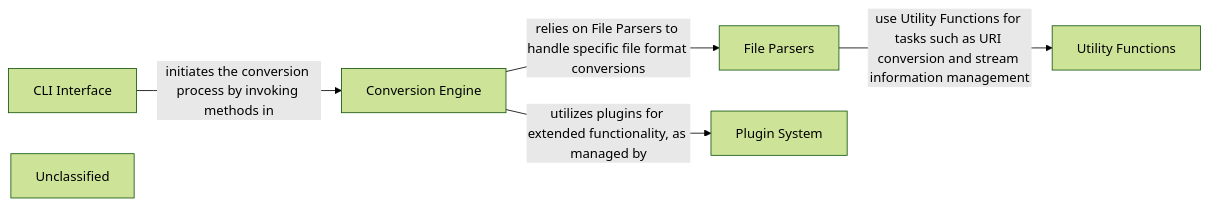
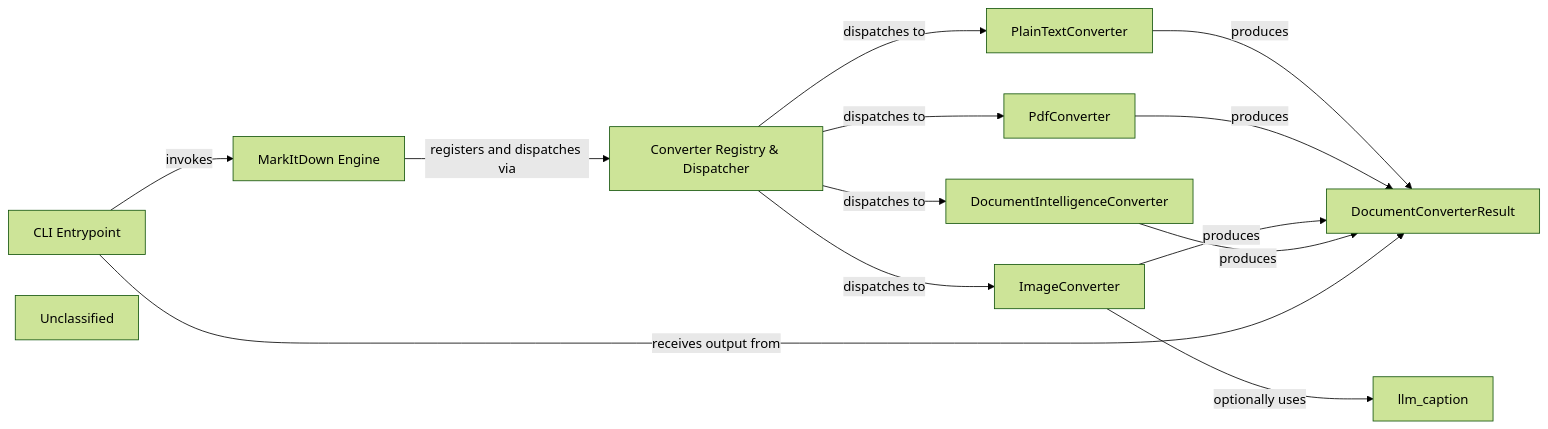
The diagram in markitdown/on_boarding.md (CodeBoarding/GeneratedOnBoardings), drawn with Mermaid (forest theme) before and after one commit. The commit also changed other lines of this file, not shown here.

````diff
--- a/markitdown/on_boarding.md
+++ b/markitdown/on_boarding.md
@@ -1,13 +1,25 @@
 ```mermaid
 graph LR
-    CLI_Interface["CLI Interface"]
-    Conversion_Engine["Conversion Engine"]
-    File_Parsers["File Parsers"]
-    Plugin_System["Plugin System"]
-    Utility_Functions["Utility Functions"]
+    CLI_Entrypoint["CLI Entrypoint"]
+    MarkItDown_Engine["MarkItDown Engine"]
+    Converter_Registry_Dispatcher["Converter Registry & Dispatcher"]
+    PlainTextConverter["PlainTextConverter"]
+    PdfConverter["PdfConverter"]
+    ImageConverter["ImageConverter"]
+    DocumentIntelligenceConverter["DocumentIntelligenceConverter"]
+    llm_caption["llm_caption"]
+    DocumentConverterResult["DocumentConverterResult"]
     Unclassified["Unclassified"]
-    CLI_Interface -- "initiates the conversion process by invoking methods in" --> Conversion_Engine
-    Conversion_Engine -- "relies on File Parsers to handle specific file format conversions" --> File_Parsers
-    Conversion_Engine -- "utilizes plugins for extended functionality, as managed by" --> Plugin_System
-    File_Parsers -- "use Utility Functions for tasks such as URI conversion and stream information management" --> Utility_Functions
+    CLI_Entrypoint -- "invokes" --> MarkItDown_Engine
+    MarkItDown_Engine -- "registers and dispatches via" --> Converter_Registry_Dispatcher
+    Converter_Registry_Dispatcher -- "dispatches to" --> PlainTextConverter
+    Converter_Registry_Dispatcher -- "dispatches to" --> PdfConverter
+    Converter_Registry_Dispatcher -- "dispatches to" --> ImageConverter
+    Converter_Registry_Dispatcher -- "dispatches to" --> DocumentIntelligenceConverter
+    ImageConverter -- "optionally uses" --> llm_caption
+    PlainTextConverter -- "produces" --> DocumentConverterResult
+    PdfConverter -- "produces" --> DocumentConverterResult
+    ImageConverter -- "produces" --> DocumentConverterResult
+    DocumentIntelligenceConverter -- "produces" --> DocumentConverterResult
+    CLI_Entrypoint -- "receives output from" --> DocumentConverterResult
 ```
````
